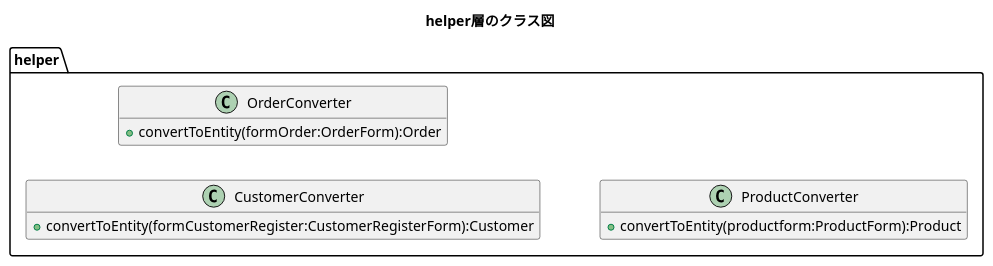
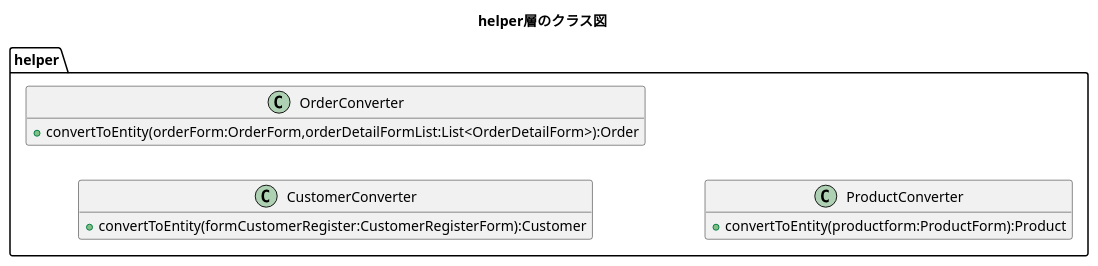
The diagram in plan/uml/class/front-end/helper.plantuml (kanavii3333/ec-b), drawn with PlantUML before and after one commit. The commit also changed 12 other files, not shown here.

Commit message:
次工程クラス図等

```diff
--- a/plan/uml/class/front-end/helper.plantuml
+++ b/plan/uml/class/front-end/helper.plantuml
@@ -1,20 +1,20 @@
 @startuml
 title helper層のクラス図
 hide empty members
 left to right direction
 
 package helper{
     class CustomerConverter{
         +convertToEntity(formCustomerRegister:CustomerRegisterForm):Customer
     }
 
     class OrderConverter{
-        +convertToEntity(formOrder:OrderForm):Order
+        +convertToEntity(orderForm:OrderForm,orderDetailFormList:List<OrderDetailForm>):Order
     }
 
     class ProductConverter{
         +convertToEntity(productform:ProductForm):Product
     }
 
 }
 @enduml
```
